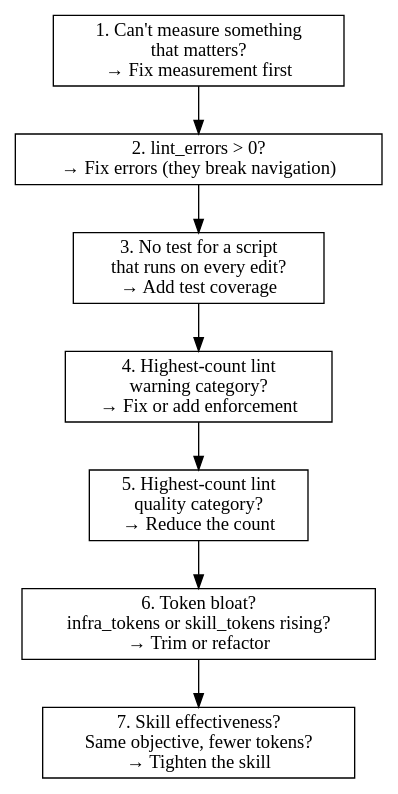
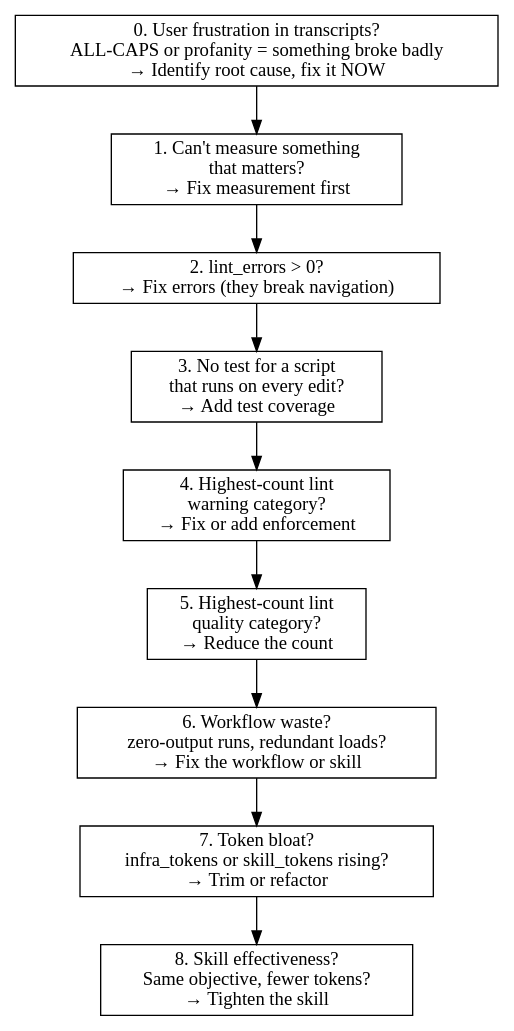
The diagram in .claude/skills/continuous-self-improvement/SKILL.md (Thedougler/shattered-sea-wiki), drawn with Graphviz before and after one commit. The commit also changed other lines of this file and 8 other files, not shown here.

First line of the commit message:
feat: CSI — add workflow effectiveness measurement and transcript mining

````diff
--- a/.claude/skills/continuous-self-improvement/SKILL.md
+++ b/.claude/skills/continuous-self-improvement/SKILL.md
@@ -95,16 +162,18 @@
 ```dot
 digraph priority {
   rankdir=TB;
   node [shape=box];
 
+  F [label="0. User frustration in transcripts?\nALL-CAPS or profanity = something broke badly\n→ Identify root cause, fix it NOW"];
   M [label="1. Can't measure something\nthat matters?\n→ Fix measurement first"];
   E [label="2. lint_errors > 0?\n→ Fix errors (they break navigation)"];
   T [label="3. No test for a script\nthat runs on every edit?\n→ Add test coverage"];
   W [label="4. Highest-count lint\nwarning category?\n→ Fix or add enforcement"];
   Q [label="5. Highest-count lint\nquality category?\n→ Reduce the count"];
-  I [label="6. Token bloat?\ninfra_tokens or skill_tokens rising?\n→ Trim or refactor"];
-  S [label="7. Skill effectiveness?\nSame objective, fewer tokens?\n→ Tighten the skill"];
+  WF [label="6. Workflow waste?\nzero-output runs, redundant loads?\n→ Fix the workflow or skill"];
+  I [label="7. Token bloat?\ninfra_tokens or skill_tokens rising?\n→ Trim or refactor"];
+  S [label="8. Skill effectiveness?\nSame objective, fewer tokens?\n→ Tighten the skill"];
 
-  M -> E -> T -> W -> Q -> I -> S;
+  F -> M -> E -> T -> W -> Q -> WF -> I -> S;
 }
 ```
````
